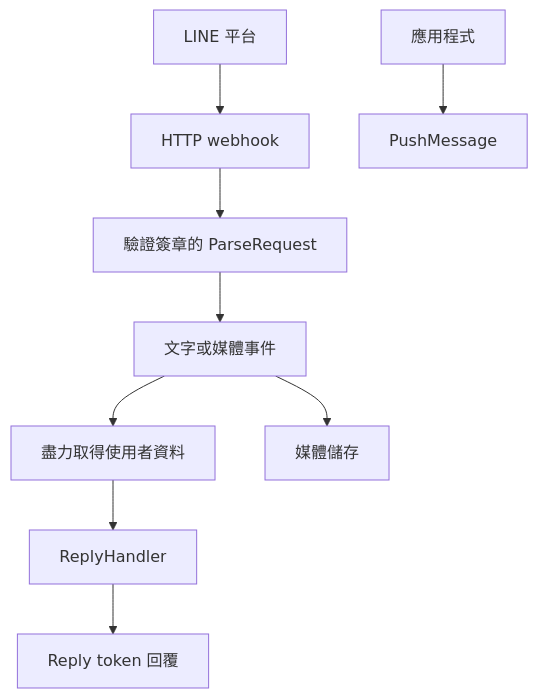
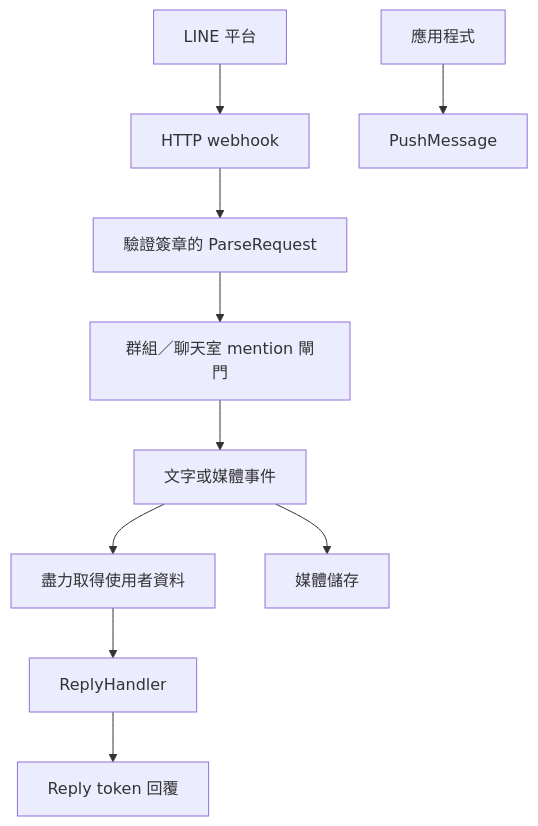
One commit to pardnchiu/go-bot changed the fourth of 7 diagrams in doc/architecture.zh.md. Above: the diagram before and after it, drawn with Mermaid. The commit also changed other lines of this file and 32 other files, not shown here.

````diff
--- a/doc/architecture.zh.md
+++ b/doc/architecture.zh.md
@@ -59,11 +64,12 @@
 ```mermaid
 graph TB
     LINE[LINE 平台] --> Webhook[HTTP webhook]
     Webhook --> Parse[驗證簽章的 ParseRequest]
-    Parse --> Event[文字或媒體事件]
+    Parse --> Gate[群組／聊天室 mention 閘門]
+    Gate --> Event[文字或媒體事件]
     Event --> Profile[盡力取得使用者資料]
     Profile --> Handler[ReplyHandler]
     Handler --> Reply[Reply token 回覆]
     App[應用程式] --> Push[PushMessage]
     Event --> Save[媒體儲存]
 ```
````
